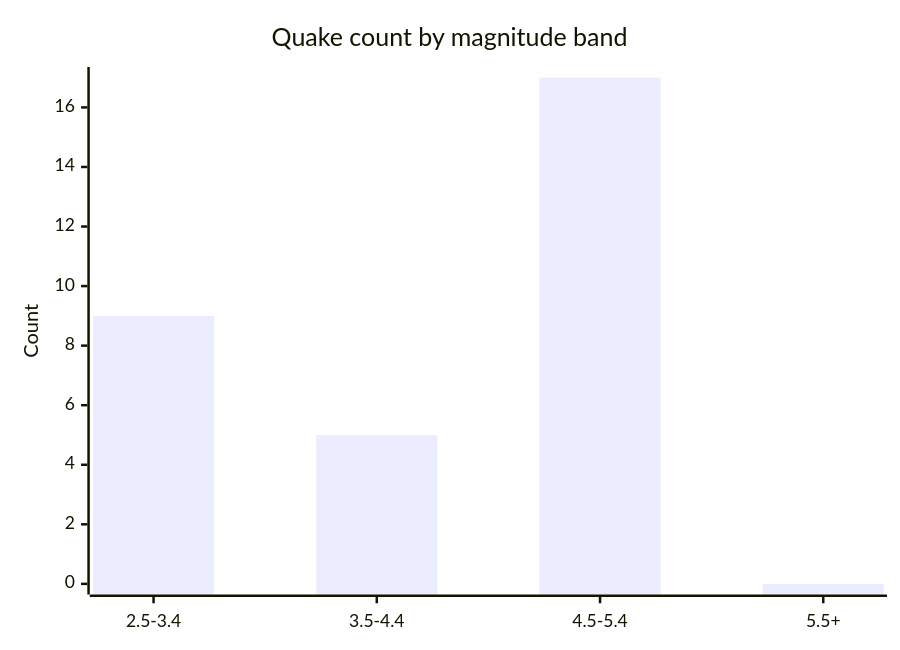
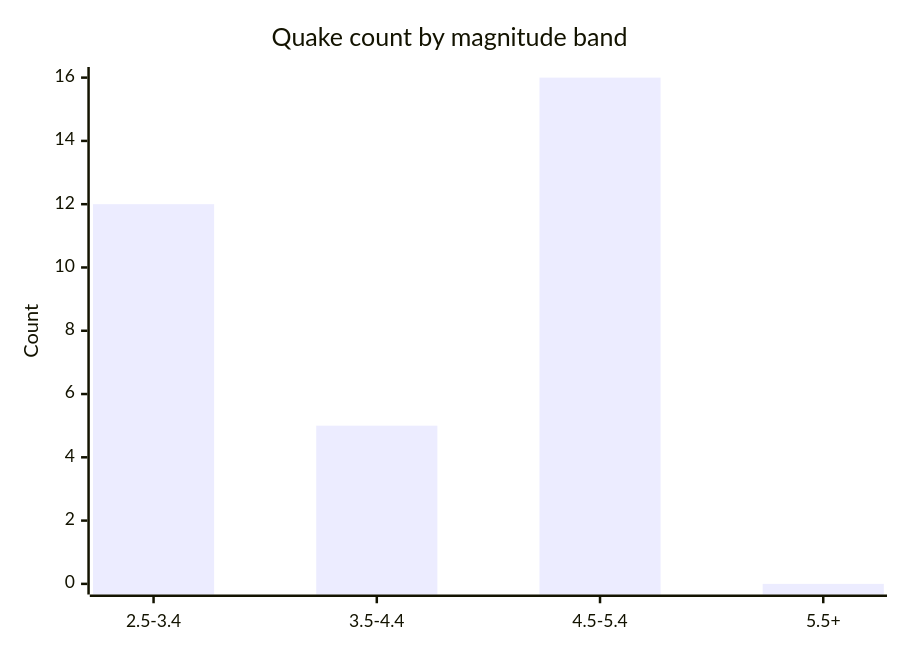
The fifth of 6 diagrams in docs/GRAPHS.md (Midwest-Stratospheric/aerostratospheric-defense-gir), drawn with Mermaid before and after one commit. The commit also changed other lines of this file and 22 other files, not shown here.

````diff
--- a/docs/GRAPHS.md
+++ b/docs/GRAPHS.md
@@ -82,7 +82,7 @@
 ```mermaid
 xychart-beta
   title "Quake count by magnitude band"
   x-axis ["2.5-3.4", "3.5-4.4", "4.5-5.4", "5.5+"]
-  y-axis "Count" 0 --> 17
-  bar [9, 5, 17, 0]
+  y-axis "Count" 0 --> 16
+  bar [12, 5, 16, 0]
 ```
````
